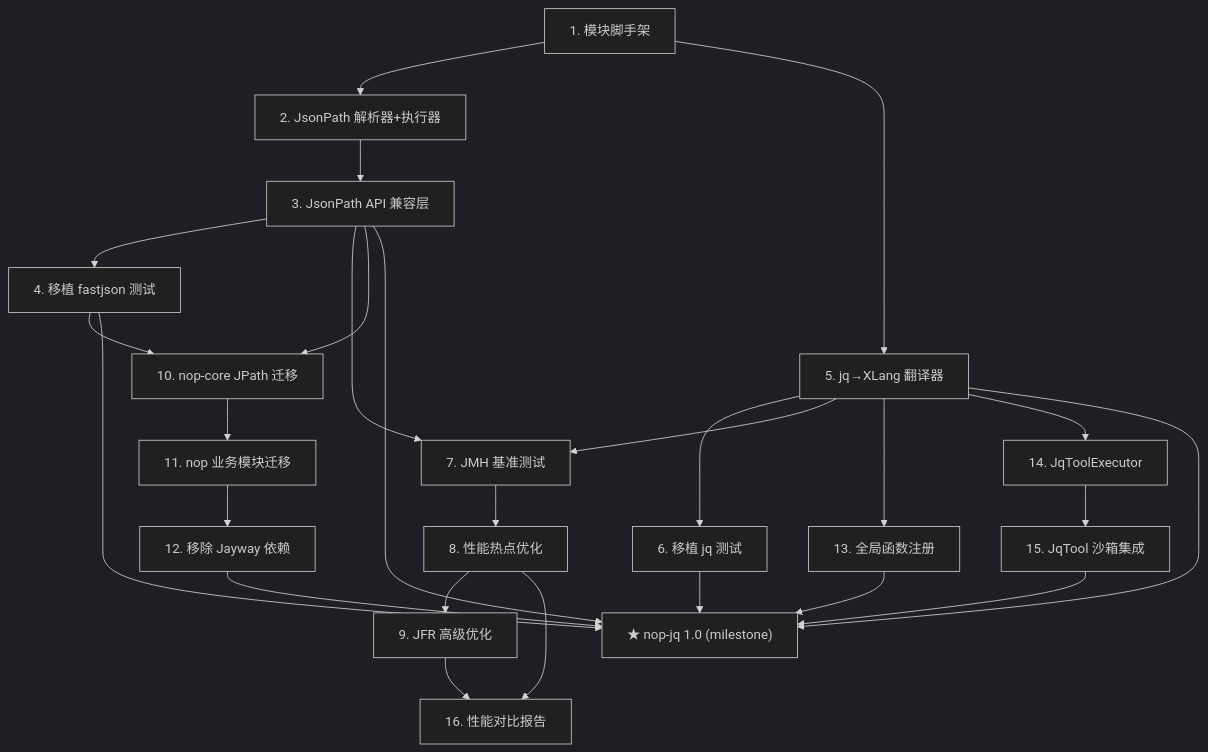
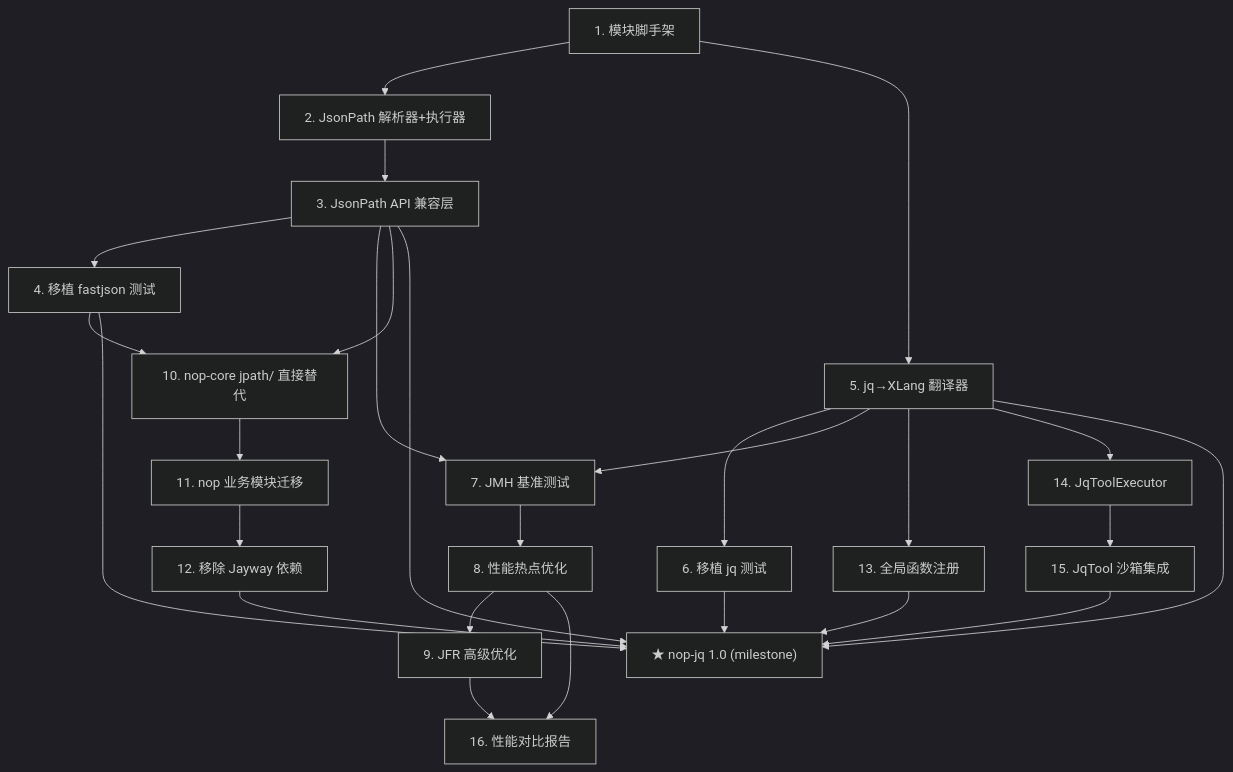
Before and after one commit to entropy-cloud/nop-entropy: the diagram in docs/backlog/nop-jq-roadmap.md, drawn with Mermaid (dark theme). The commit also changed other lines of this file and 1 other file, not shown here.

First line of the commit message:
fix(nop-jq): roadmap direct replacement approach, remove @Deprecated

````diff
--- a/docs/backlog/nop-jq-roadmap.md
+++ b/docs/backlog/nop-jq-roadmap.md
@@ -386,40 +392,40 @@
 ```mermaid
 graph TD
     P1["1. 模块脚手架"]
     P2["2. JsonPath 解析器+执行器"]
     P3["3. JsonPath API 兼容层"]
     P4["4. 移植 fastjson 测试"]
     P5["5. jq→XLang 翻译器"]
     P6["6. 移植 jq 测试"]
     P7["7. JMH 基准测试"]
     P8["8. 性能热点优化"]
     P9["9. JFR 高级优化"]
-    P10["10. nop-core JPath 迁移"]
+    P10["10. nop-core jpath/ 直接替代"]
     P11["11. nop 业务模块迁移"]
     P12["12. 移除 Jayway 依赖"]
     P13["13. 全局函数注册"]
     P14["14. JqToolExecutor"]
     P15["15. JqTool 沙箱集成"]
     P16["16. 性能对比报告"]
     M["★ nop-jq 1.0 (milestone)"]
 
     P1 --> P2 --> P3
     P3 --> P4
     P1 --> P5 --> P6
     P3 --> P7
     P5 --> P7
     P7 --> P8 --> P9
     P3 --> P10 --> P11 --> P12
     P4 --> P10
     P5 --> P13
     P5 --> P14 --> P15
     P8 --> P16
     P9 --> P16
     P3 --> M
     P4 --> M
     P5 --> M
     P6 --> M
     P12 --> M
     P13 --> M
     P15 --> M
 ```
````
